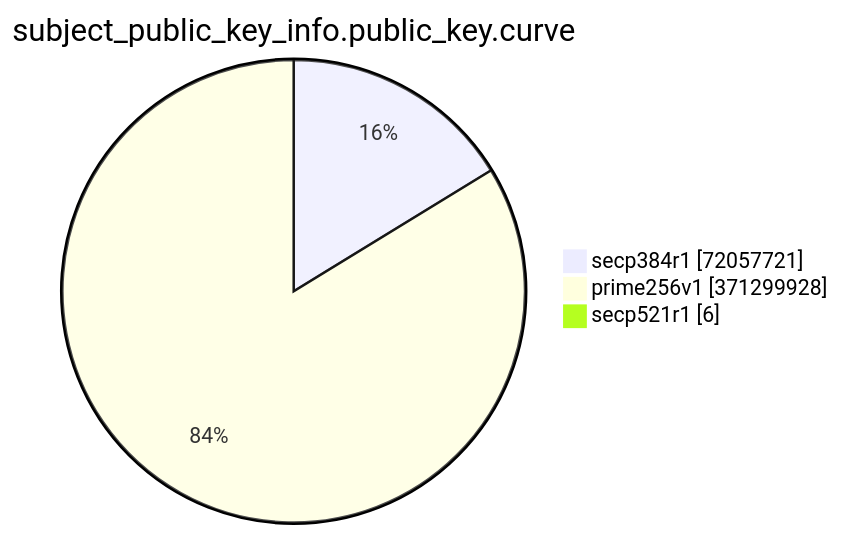
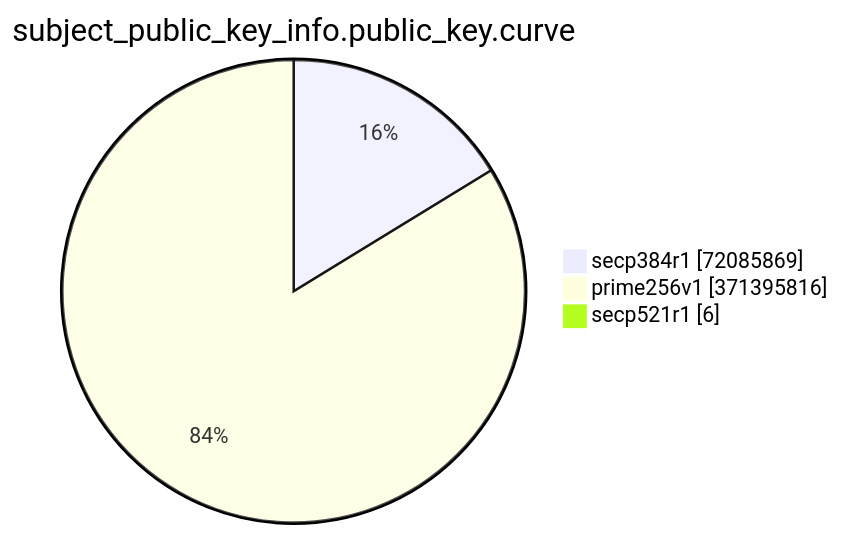
One commit to christiankrug/ctmonitor_visualization changed the eighth of 15 diagrams in TOTAL/README.md. Above: the diagram before and after it, drawn with Mermaid. The commit also changed other lines of this file, not shown here.

````diff
--- a/TOTAL/README.md
+++ b/TOTAL/README.md
@@ -3092,7 +3092,7 @@
 ```mermaid
 pie showData
 title subject_public_key_info.public_key.curve
-"secp384r1" :72057721
-"prime256v1" :371299928
+"secp384r1" :72085869
+"prime256v1" :371395816
 "secp521r1" :6
 ```
````
